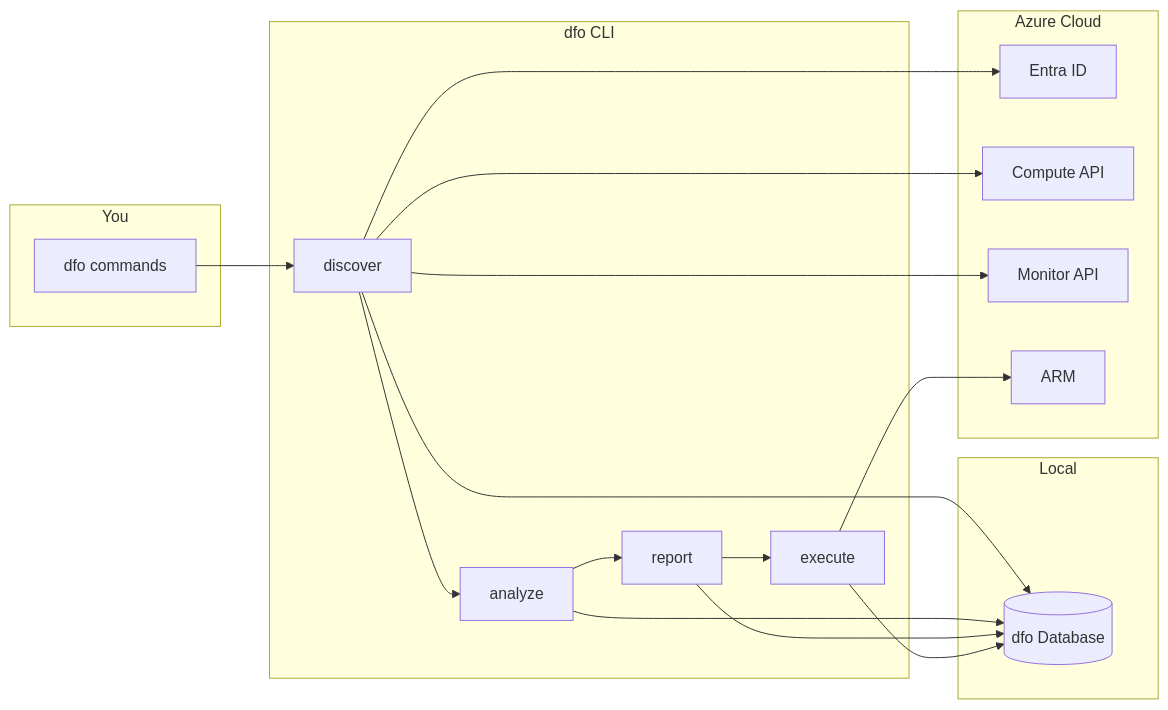
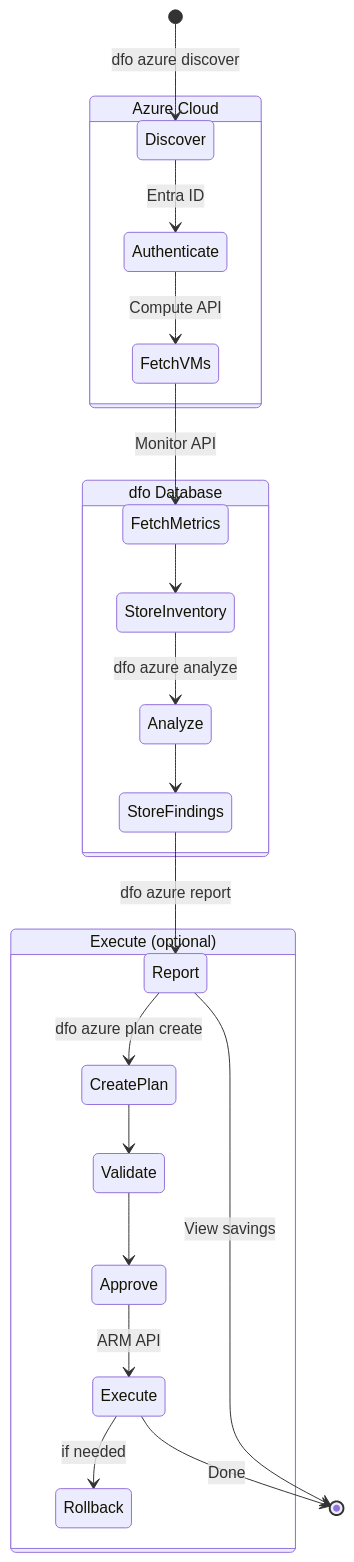
The diagram in README.md (vedanta/dfo), drawn with Mermaid before and after one commit.

Commit message:
docs: Replace flowchart with state diagram
Shows workflow states grouped by Azure Cloud, Database, and Execute phases.

🤖 Generated with [Claude Code](https://claude.com/claude-code)

````diff
--- a/README.md
+++ b/README.md
@@ -24,31 +24,29 @@
 ```mermaid
-flowchart LR
-    subgraph You
-        cmd[dfo commands]
-    end
+stateDiagram-v2
+    [*] --> Discover: dfo azure discover
 
-    subgraph dfo CLI
-        discover --> analyze --> report --> execute
-    end
+    state "Azure Cloud" as azure {
+        Discover --> Authenticate: Entra ID
+        Authenticate --> FetchVMs: Compute API
+        FetchVMs --> FetchMetrics: Monitor API
+    }
 
-    subgraph Local
-        db[(dfo Database)]
-    end
+    state "dfo Database" as db {
+        FetchMetrics --> StoreInventory
+        StoreInventory --> Analyze: dfo azure analyze
+        Analyze --> StoreFindings
+        StoreFindings --> Report: dfo azure report
+    }
 
-    subgraph Azure Cloud
-        auth[Entra ID]
-        compute[Compute API]
-        monitor[Monitor API]
-        arm[ARM]
-    end
+    Report --> [*]: View savings
 
-    cmd --> discover
-    discover --> auth
-    discover --> compute
-    discover --> monitor
-    discover --> db
-    analyze --> db
-    report --> db
-    execute --> arm
-    execute --> db
+    state "Execute (optional)" as exec {
+        Report --> CreatePlan: dfo azure plan create
+        CreatePlan --> Validate
+        Validate --> Approve
+        Approve --> Execute: ARM API
+        Execute --> Rollback: if needed
+    }
+
+    Execute --> [*]: Done
 ```
````
